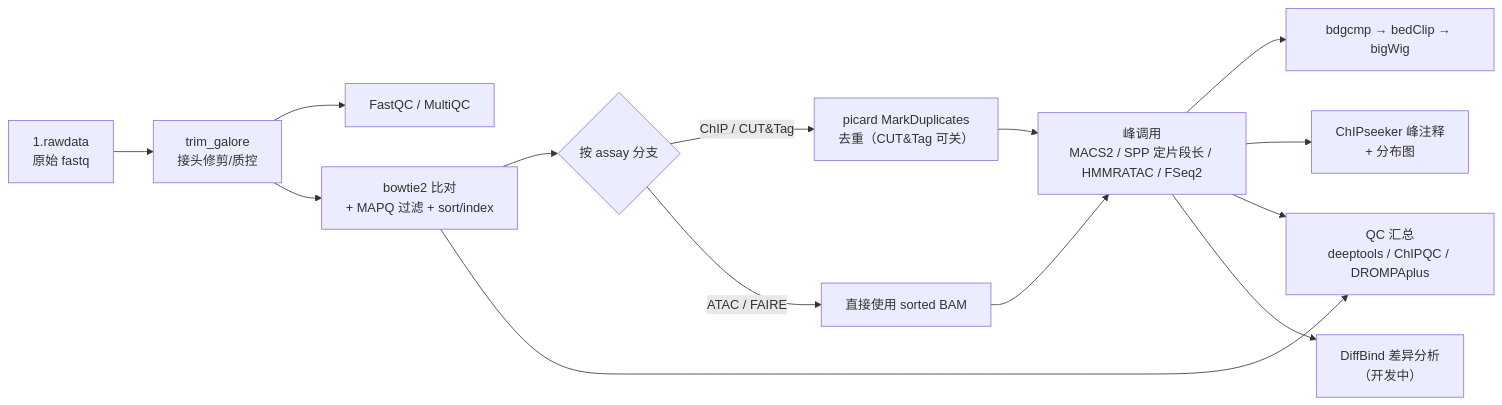
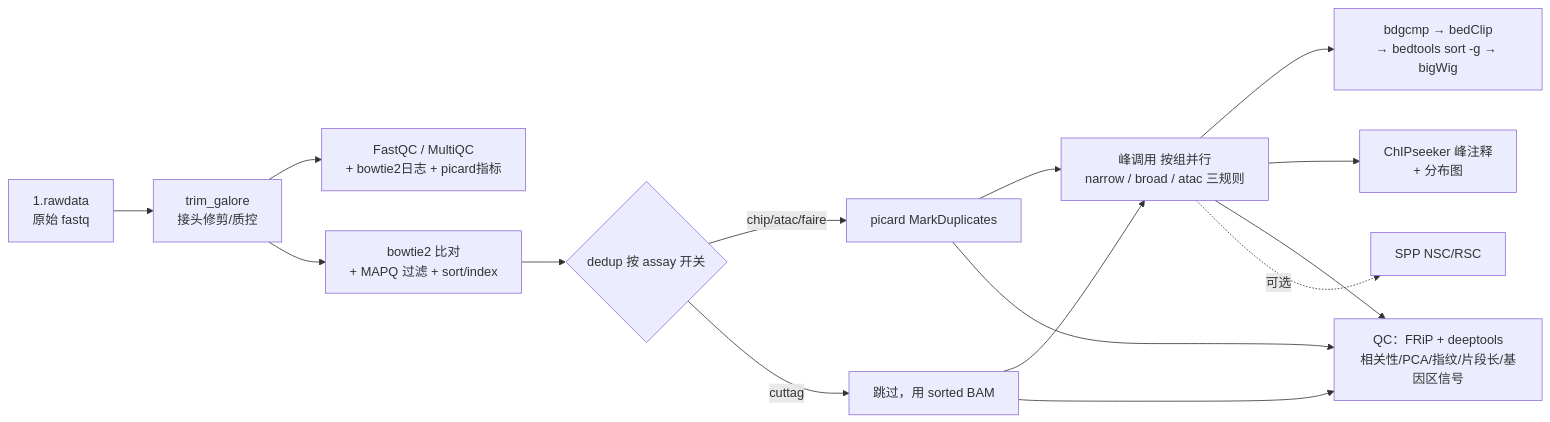
One commit to Chengy257/BioWorkflows changed the diagram in README.md. Above: the diagram before and after it, drawn with Mermaid. The commit also changed other lines of this file and 22 other files, not shown here.

````diff
--- a/README.md
+++ b/README.md
@@ -20,15 +20,14 @@
 ```mermaid
 flowchart LR
     A[1.rawdata<br>原始 fastq] --> B[trim_galore<br>接头修剪/质控]
-    B --> C[FastQC / MultiQC]
+    B --> C[FastQC / MultiQC<br>+ bowtie2日志 + picard指标]
     B --> D[bowtie2 比对<br>+ MAPQ 过滤 + sort/index]
-    D --> E{按 assay 分支}
-    E -->|ChIP / CUT&Tag| F[picard MarkDuplicates<br>去重（CUT&Tag 可关）]
-    E -->|ATAC / FAIRE| G[直接使用 sorted BAM]
-    F --> H[峰调用<br>MACS2 / SPP 定片段长 / HMMRATAC / FSeq2]
-    G --> H
-    H --> I[bdgcmp → bedClip → bigWig]
+    D --> E{dedup 按 assay 开关}
+    E -->|chip/atac/faire| F[picard MarkDuplicates]
+    E -->|cuttag| G[跳过，用 sorted BAM]
+    F & G --> H[峰调用 按组并行<br>narrow / broad / atac 三规则]
+    H --> I[bdgcmp → bedClip<br>→ bedtools sort -g → bigWig]
     H --> J[ChIPseeker 峰注释<br>+ 分布图]
-    D & H --> K[QC 汇总<br>deeptools / ChIPQC / DROMPAplus]
-    H --> L[DiffBind 差异分析<br>（开发中）]
+    H & F & G --> K[QC：FRiP + deeptools<br>相关性/PCA/指纹/片段长/基因区信号]
+    H -.可选.-> L[SPP NSC/RSC]
 ```
````
